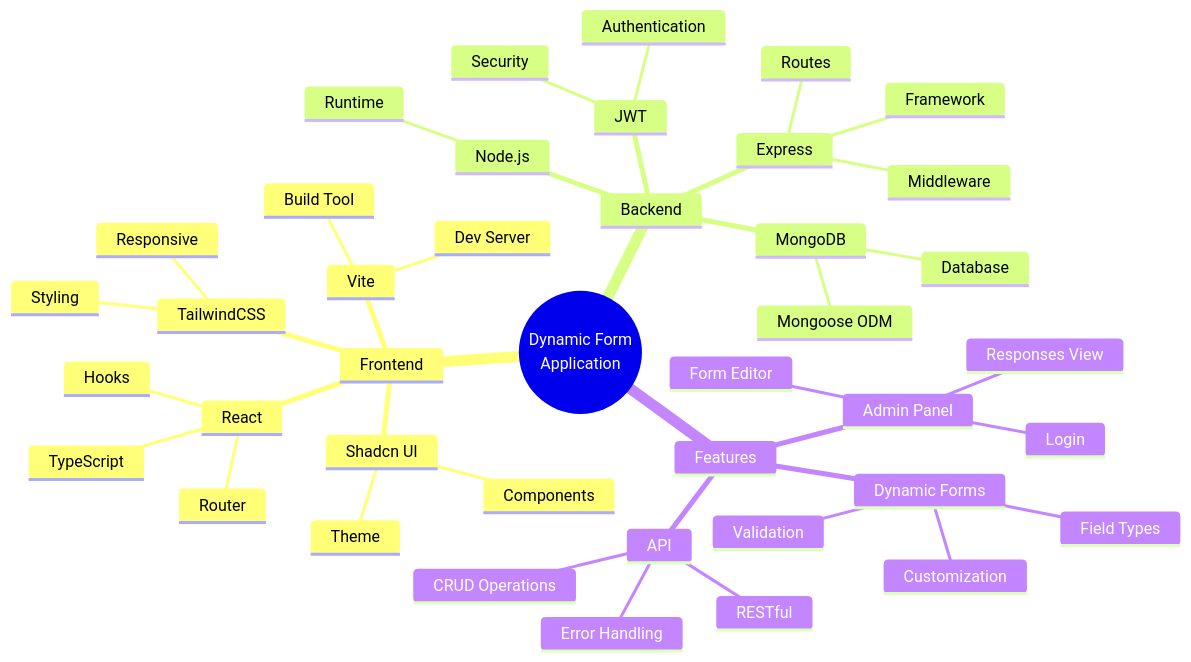
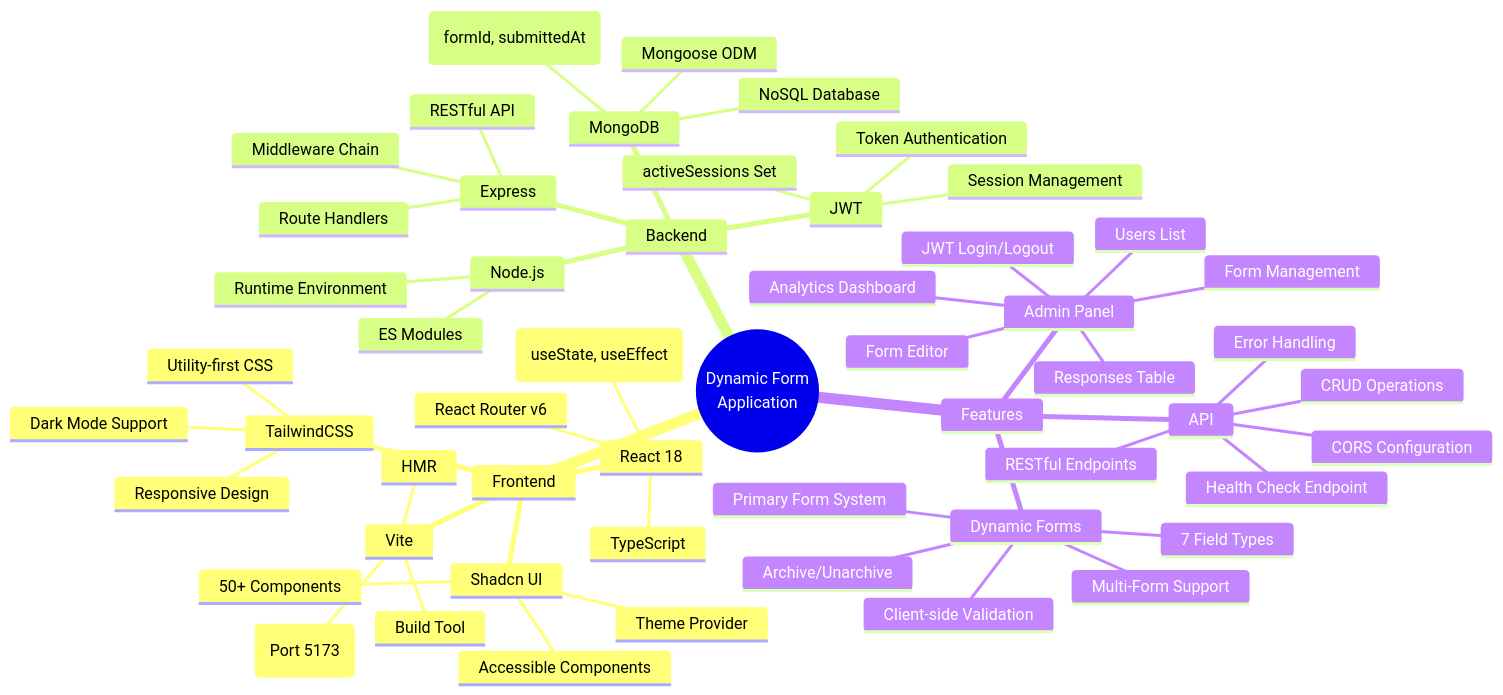
The eighth of 9 diagrams in FLOWCHART.md (MarioSitepu/form-survei-wisuda), drawn with Mermaid before and after one commit. The commit also changed other lines of this file and 4 other files, not shown here.

Commit message:
feat : adding web flow development

````diff
--- a/FLOWCHART.md
+++ b/FLOWCHART.md
@@ -277,44 +450,57 @@
 ```mermaid
 mindmap
   root((Dynamic Form<br/>Application))
     Frontend
-      React
+      React 18
         TypeScript
-        Hooks
-        Router
+        Hooks (useState, useEffect)
+        React Router v6
       Vite
         Build Tool
-        Dev Server
+        Dev Server (Port 5173)
+        HMR
       TailwindCSS
-        Styling
-        Responsive
+        Utility-first CSS
+        Responsive Design
+        Dark Mode Support
       Shadcn UI
-        Components
-        Theme
+        50+ Components
+        Theme Provider
+        Accessible Components
     Backend
       Node.js
-        Runtime
+        ES Modules
+        Runtime Environment
       Express
-        Framework
-        Routes
-        Middleware
+        RESTful API
+        Route Handlers
+        Middleware Chain
       MongoDB
-        Database
+        NoSQL Database
         Mongoose ODM
+        Indexes (formId, submittedAt)
       JWT
-        Authentication
-        Security
+        Token Authentication
+        Session Management
+        activeSessions Set
     Features
       Dynamic Forms
-        Field Types
-        Validation
-        Customization
+        7 Field Types
+        Client-side Validation
+        Multi-Form Support
+        Primary Form System
+        Archive/Unarchive
       Admin Panel
-        Login
+        JWT Login/Logout
+        Form Management
         Form Editor
-        Responses View
+        Responses Table
+        Analytics Dashboard
+        Users List
       API
-        RESTful
+        RESTful Endpoints
         CRUD Operations
         Error Handling
+        CORS Configuration
+        Health Check Endpoint
 ```
````
